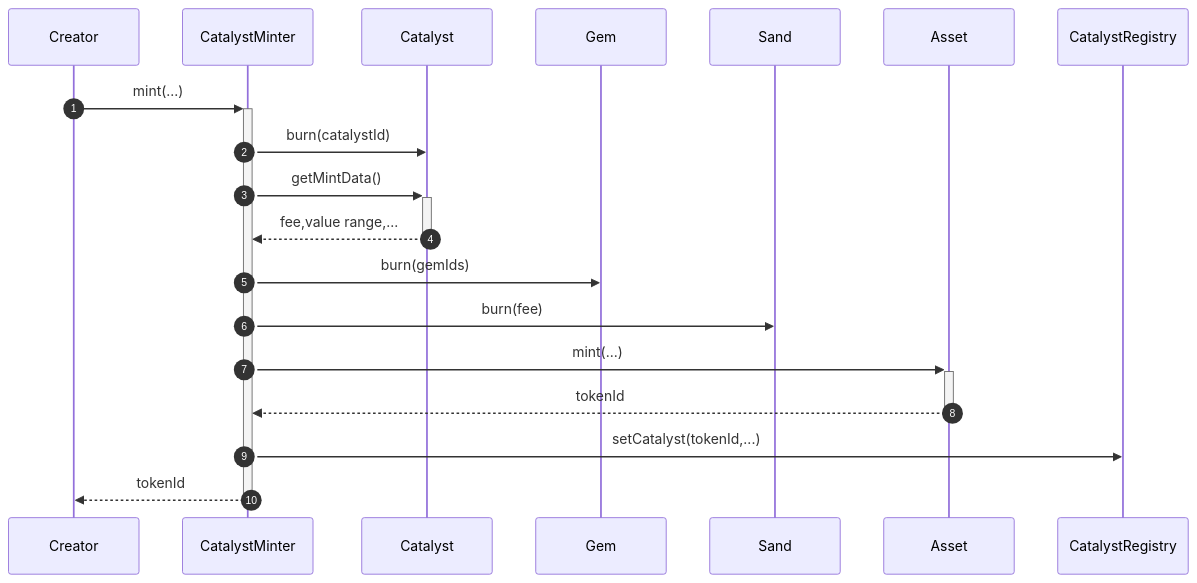
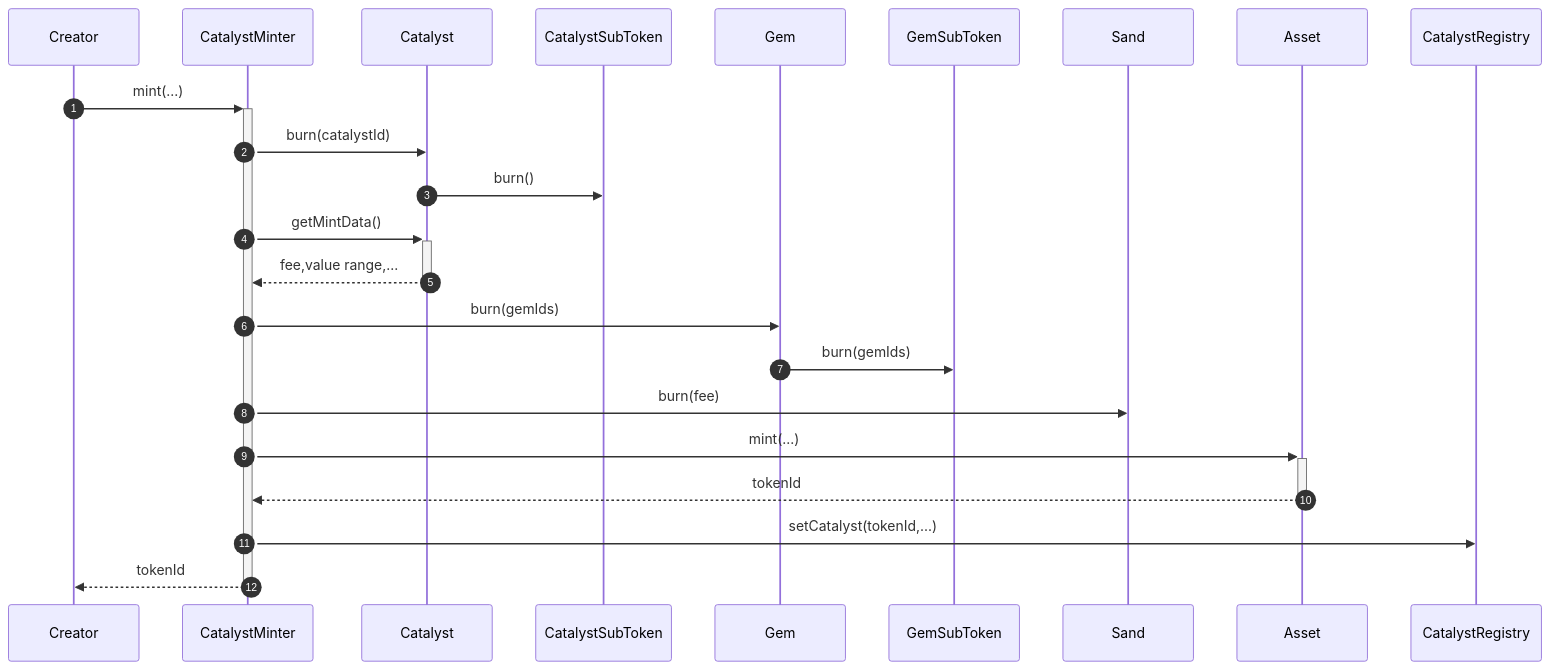
Before and after one commit to block-ninja/sandbox-smart-contracts: the diagram in documentation/diagrams/catalysts/minter_flow.mmd, drawn with Mermaid.

Commit message:
update catalyst minting diagram

```diff
--- a/documentation/diagrams/catalysts/minter_flow.mmd
+++ b/documentation/diagrams/catalysts/minter_flow.mmd
@@ -1,12 +1,14 @@
 sequenceDiagram
   autonumber
   Creator->>+CatalystMinter: mint(...)
   CatalystMinter->>Catalyst: burn(catalystId)
+  Catalyst->>CatalystSubToken: burn()
   CatalystMinter->>+Catalyst: getMintData()
   Catalyst-->>-CatalystMinter: fee,value range,...
   CatalystMinter->>Gem: burn(gemIds)
+  Gem->>GemSubToken: burn(gemIds)
   CatalystMinter->>Sand: burn(fee)
   CatalystMinter->>+Asset: mint(...)
   Asset-->>-CatalystMinter: tokenId
   CatalystMinter->>CatalystRegistry: setCatalyst(tokenId,...)
   CatalystMinter-->>-Creator: tokenId
```
